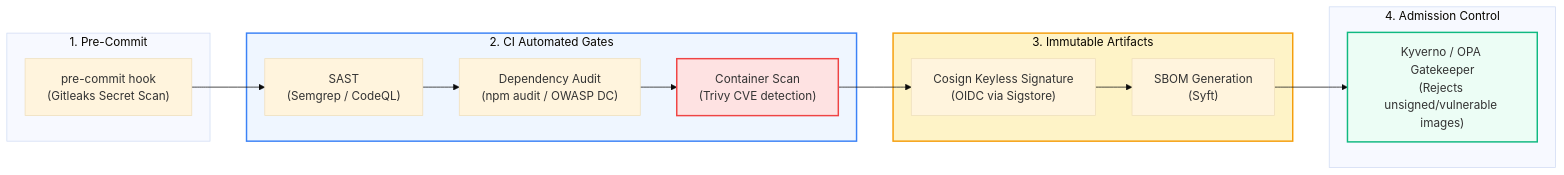
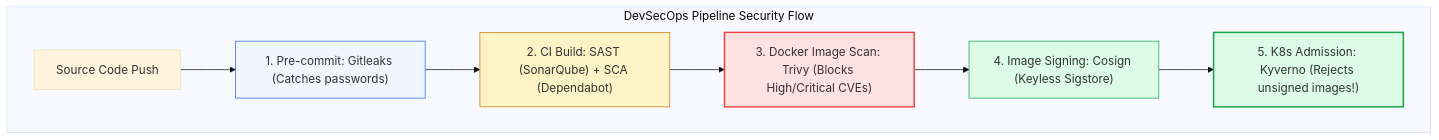
The second of 2 diagrams in 04-CICD-Pipelines/03-Security-and-Best-Practices.md (PandeyKishan/Study-Notes), drawn with Mermaid (base theme) before and after one commit. The commit also changed other lines of this file and 20 other files, not shown here.

````diff
--- a/04-CICD-Pipelines/03-Security-and-Best-Practices.md
+++ b/04-CICD-Pipelines/03-Security-and-Best-Practices.md
@@ -14,28 +49,16 @@
 ```mermaid
-flowchart LR
-    subgraph Developer_Machine["1. Pre-Commit"]
-        Hook["pre-commit hook\n(Gitleaks Secret Scan)"]
+flowchart TD
+    subgraph Pipeline_Security["DevSecOps Pipeline Security Flow"]
+        Code["Source Code Push"] --> Pre["1. Pre-commit: Gitleaks (Catches passwords)"]
+        Pre --> SAST_SCA["2. CI Build: SAST (SonarQube) + SCA (Dependabot)"]
+        SAST_SCA --> TrivyScan["3. Docker Image Scan: Trivy (Blocks High/Critical CVEs)"]
+        TrivyScan --> Sign["4. Image Signing: Cosign (Keyless Sigstore)"]
+        Sign --> K8sVerify["5. K8s Admission: Kyverno (Rejects unsigned images!)"]
     end
 
-    subgraph CI_Pipeline["2. CI Automated Gates"]
-        SAST["SAST\n(Semgrep / CodeQL)"]
-        SCA["Dependency Audit\n(npm audit / OWASP DC)"]
-        Trivy["Container Scan\n(Trivy CVE detection)"]
-    end
-
-    subgraph Artifact_Registry["3. Immutable Artifacts"]
-        Sign["Cosign Keyless Signature\n(OIDC via Sigstore)"]
-        SBOM["SBOM Generation\n(Syft)"]
-    end
-
-    subgraph Production_K8s["4. Admission Control"]
-        Admission["Kyverno / OPA Gatekeeper\n(Rejects unsigned/vulnerable images)"]
-    end
-
-    Hook --> SAST --> SCA --> Trivy --> Sign --> SBOM --> Admission
-
-    style CI_Pipeline fill:#eff6ff,stroke:#3b82f6,stroke-width:2px
-    style Trivy fill:#fee2e2,stroke:#ef4444,stroke-width:2px
-    style Artifact_Registry fill:#fef3c7,stroke:#f59e0b,stroke-width:2px
-    style Admission fill:#ecfdf5,stroke:#10b981,stroke-width:2px
+    style Pre fill:#eff6ff,stroke:#2563eb,stroke-width:1px
+    style SAST_SCA fill:#fef3c7,stroke:#d97706,stroke-width:1px
+    style TrivyScan fill:#fee2e2,stroke:#ef4444,stroke-width:2px
+    style Sign fill:#dcfce7,stroke:#16a34a,stroke-width:1px
+    style K8sVerify fill:#dcfce7,stroke:#16a34a,stroke-width:2px
 ```
````
